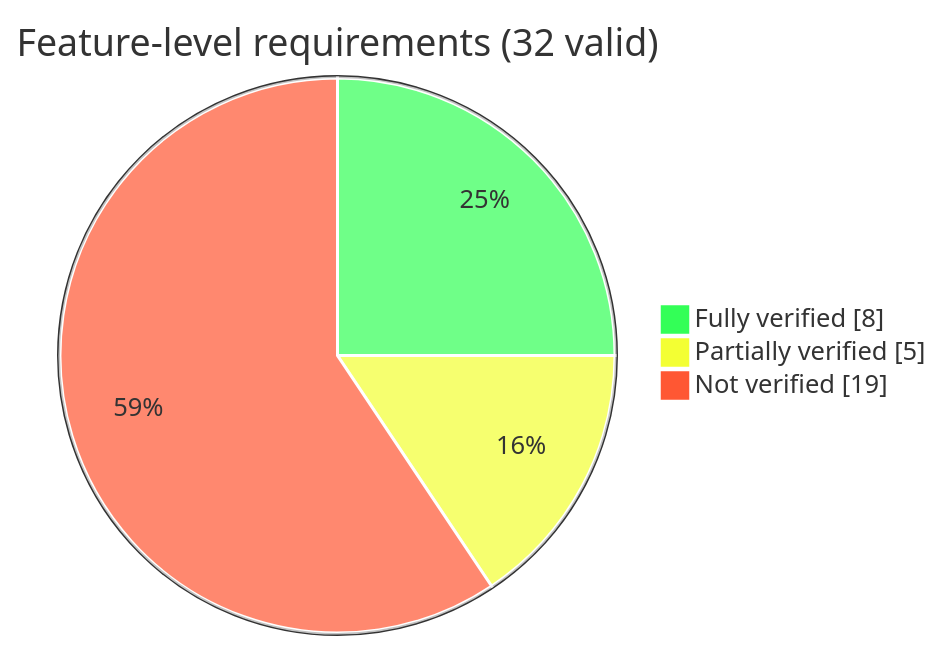
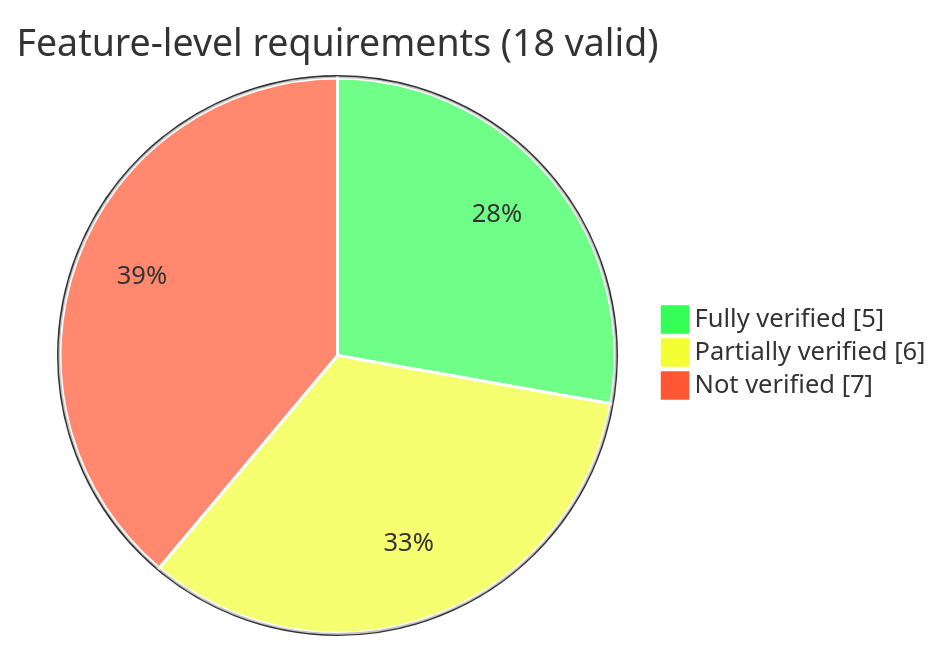
One commit to etas-contrib/score_lifecycle changed the first of 2 diagrams in tests/integration/integration_test_coverage.md. Above: the diagram before and after it, drawn with Mermaid. The commit also changed other lines of this file, not shown here.

````diff
--- a/tests/integration/integration_test_coverage.md
+++ b/tests/integration/integration_test_coverage.md
@@ -62,16 +65,16 @@
 ```mermaid
 %%{init: {
   'theme': 'base',
   'themeVariables': {
     'pie1': '#33FF57',
     'pie2': '#F3FF33',
     'pie3': '#FF5733',
     'pieStrokeColor': '#ffffff',
     'pieOuterStrokeColor': '#333333'
   }
 }}%%
-pie showData title Feature-level requirements (32 valid)
-    "Fully verified" : 8
-    "Partially verified" : 5
-    "Not verified" : 19
+pie showData title Feature-level requirements (18 valid)
+    "Fully verified" : 5
+    "Partially verified" : 6
+    "Not verified" : 7
 ```
````
